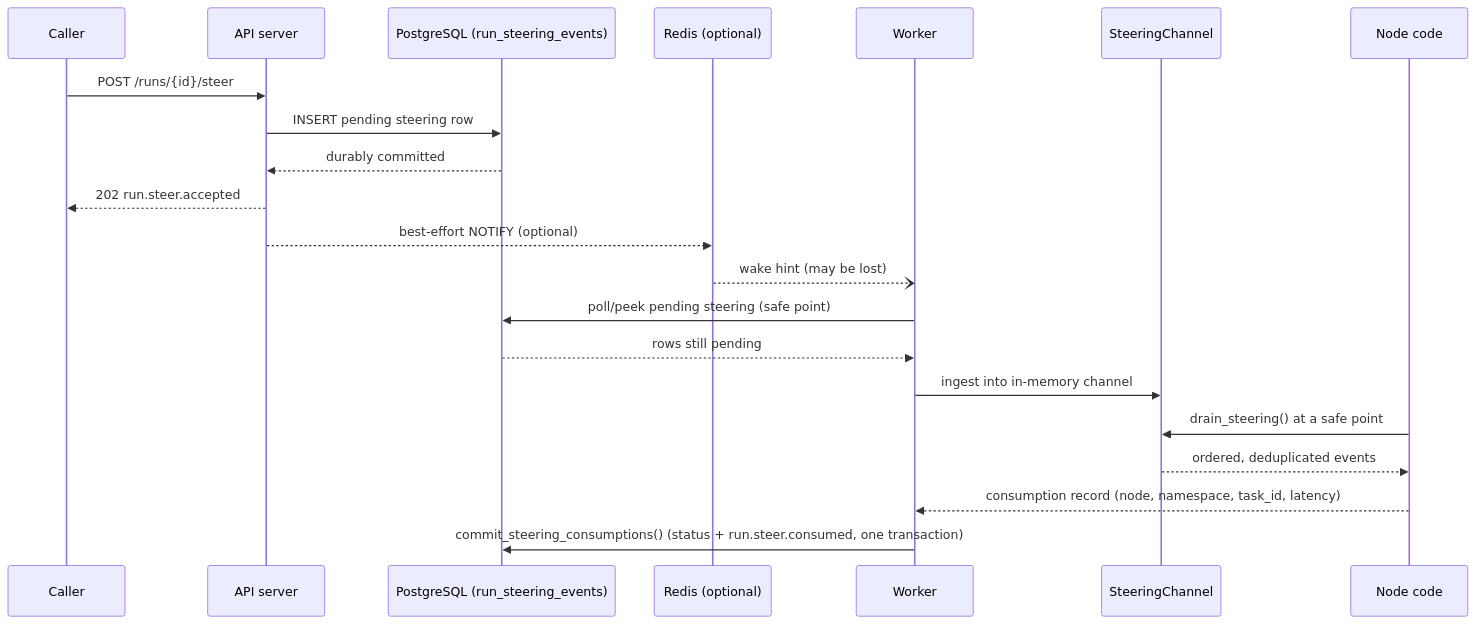
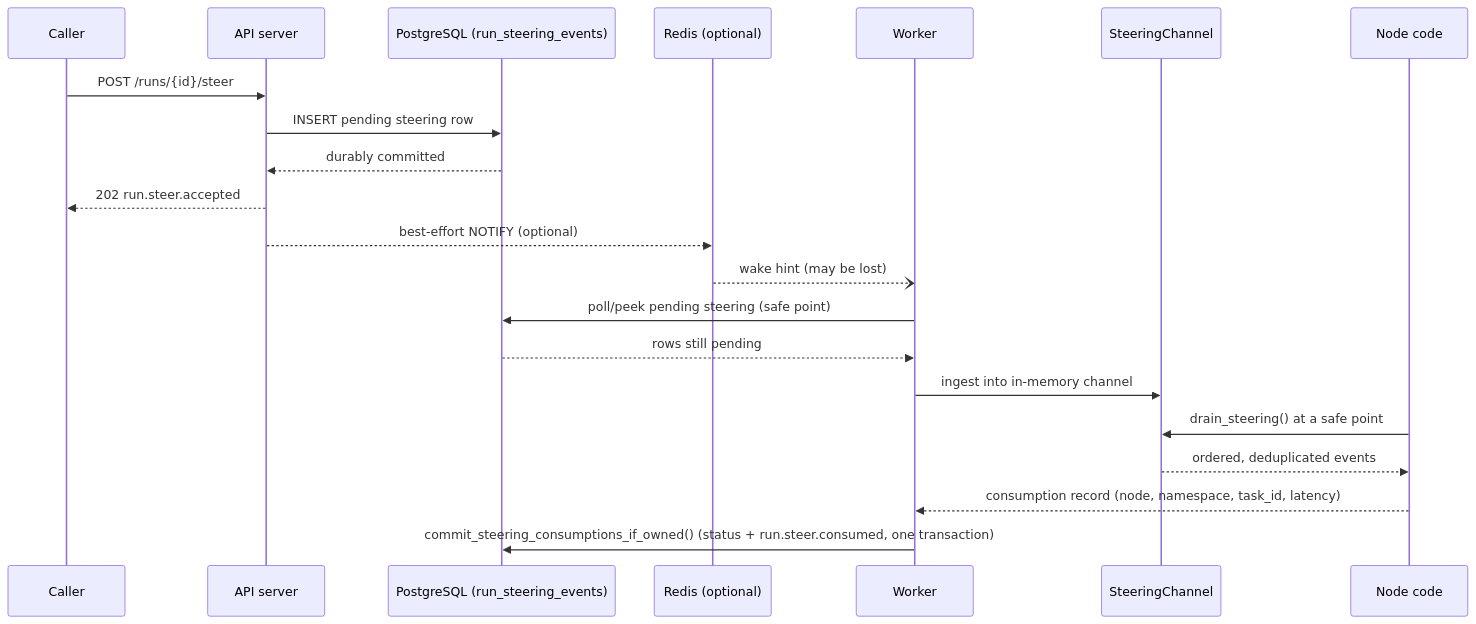
The diagram in Wiki/content/docs/en/concepts/steering.mdx (LingXi-Org/LingxiGraph), drawn with Mermaid before and after one commit. The commit also changed other lines of this file and 11 other files, not shown here.

First line of the commit message:
Fix review round 8 blockers: seal+supersede steering finalization, cancel-wins retry event, run.steer.superseded

````diff
--- a/Wiki/content/docs/en/concepts/steering.mdx
+++ b/Wiki/content/docs/en/concepts/steering.mdx
@@ -46,24 +46,24 @@
 ```mermaid
 sequenceDiagram
   participant C as Caller
   participant API as API server
   participant PG as PostgreSQL (run_steering_events)
   participant R as Redis (optional)
   participant W as Worker
   participant Ch as SteeringChannel
   participant N as Node code
 
   C->>API: POST /runs/{id}/steer
   API->>PG: INSERT pending steering row
   PG-->>API: durably committed
   API-->>C: 202 run.steer.accepted
   API-->>R: best-effort NOTIFY (optional)
   R--)W: wake hint (may be lost)
   W->>PG: poll/peek pending steering (safe point)
   PG-->>W: rows still pending
   W->>Ch: ingest into in-memory channel
   N->>Ch: drain_steering() at a safe point
   Ch-->>N: ordered, deduplicated events
   N-->>W: consumption record (node, namespace, task_id, latency)
-  W->>PG: commit_steering_consumptions() (status + run.steer.consumed, one transaction)
+  W->>PG: commit_steering_consumptions_if_owned() (status + run.steer.consumed, one transaction)
 ```
````
